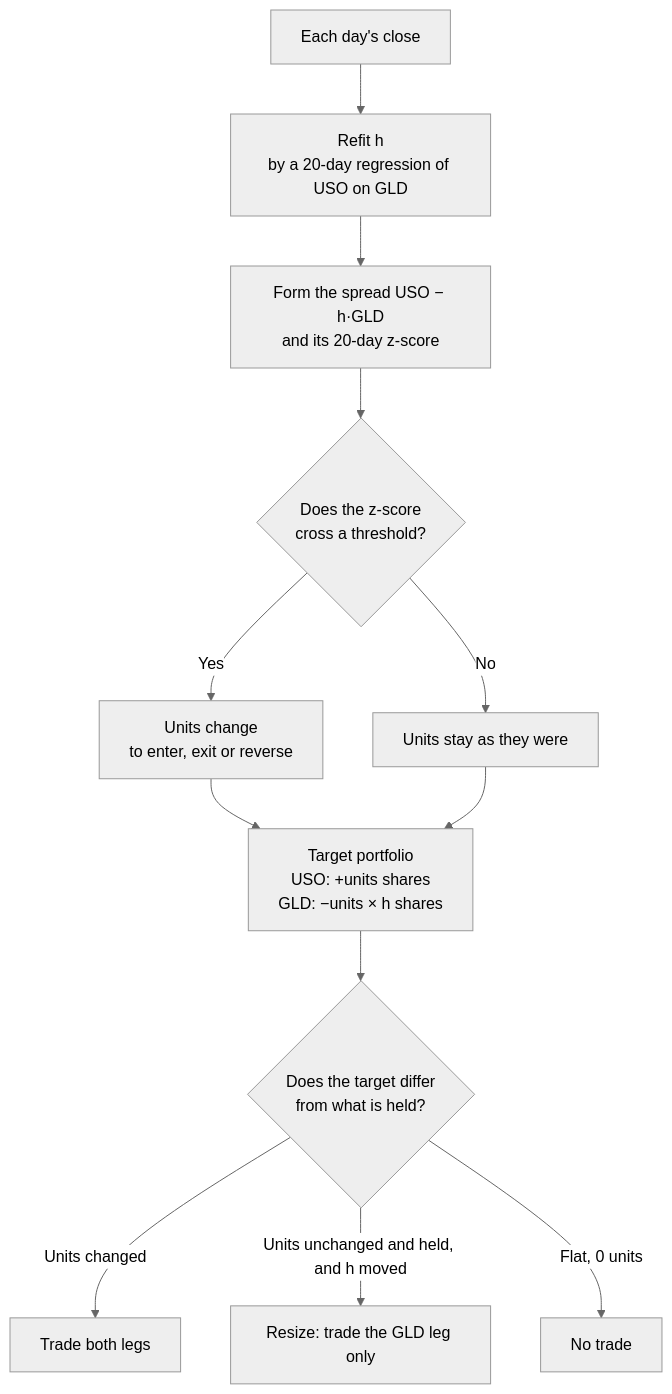
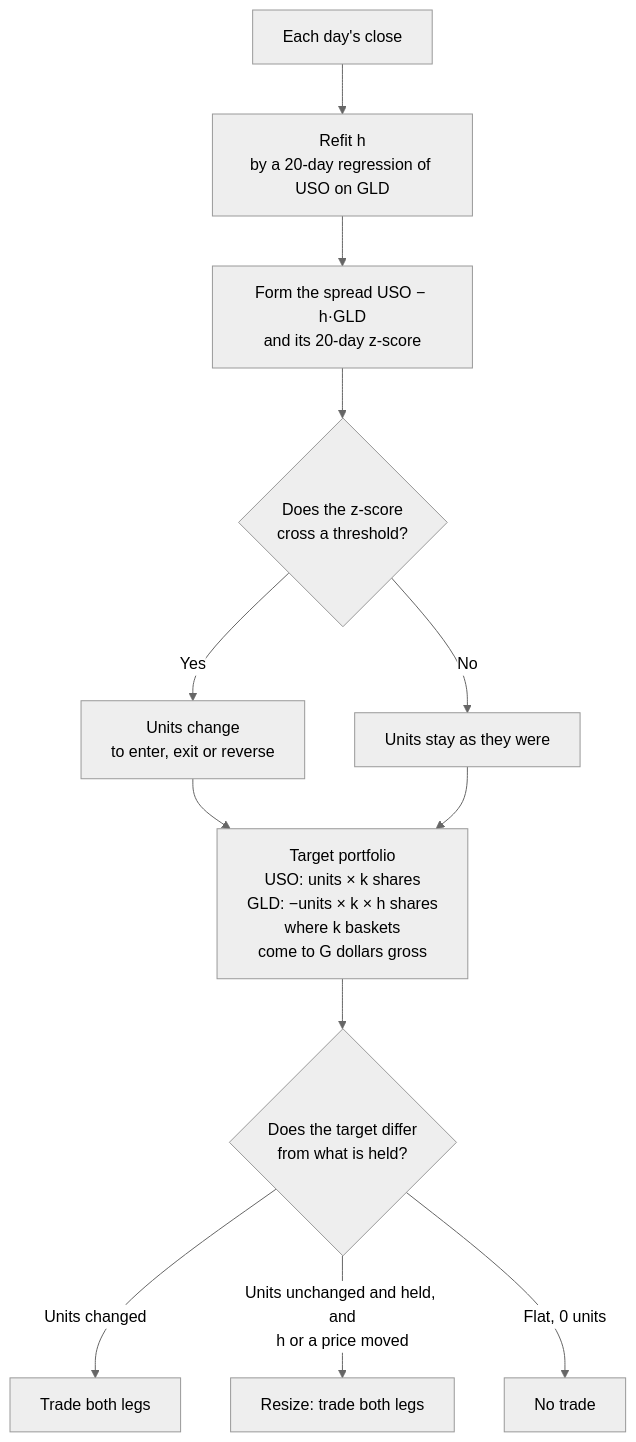
One commit to l3a0/ithildin-runtime changed the second of 2 diagrams in docs/architecture/01-introduction-and-goals.md. Above: the diagram before and after it, drawn with Mermaid (neutral theme). The commit also changed other lines of this file and 36 other files, not shown here.

First line of the commit message:
feat(portfolio): each strategy's target, sized to G within three limits

````diff
--- a/docs/architecture/01-introduction-and-goals.md
+++ b/docs/architecture/01-introduction-and-goals.md
@@ -78,14 +78,14 @@
 ```mermaid
 flowchart TD
     close["Each day's close"] --> fit["Refit h<br/>by a 20-day regression of USO on GLD"]
     fit --> z["Form the spread USO − h·GLD<br/>and its 20-day z-score"]
     z --> rule{"Does the z-score<br/>cross a threshold?"}
     rule -- "Yes" --> move["Units change<br/>to enter, exit or reverse"]
     rule -- "No" --> same["Units stay as they were"]
-    move --> target["Target portfolio<br/>USO: +units shares<br/>GLD: −units × h shares"]
+    move --> target["Target portfolio<br/>USO: units × k shares<br/>GLD: −units × k × h shares<br/>where k baskets<br/>come to G dollars gross"]
     same --> target
     target --> diff{"Does the target differ<br/>from what is held?"}
     diff -- "Units changed" --> trade["Trade both legs"]
-    diff -- "Units unchanged and held, and h moved" --> resize["Resize: trade the GLD leg only"]
+    diff -- "Units unchanged and held, and<br/>h or a price moved" --> resize["Resize: trade both legs"]
     diff -- "Flat, 0 units" --> none["No trade"]
 ```
````
